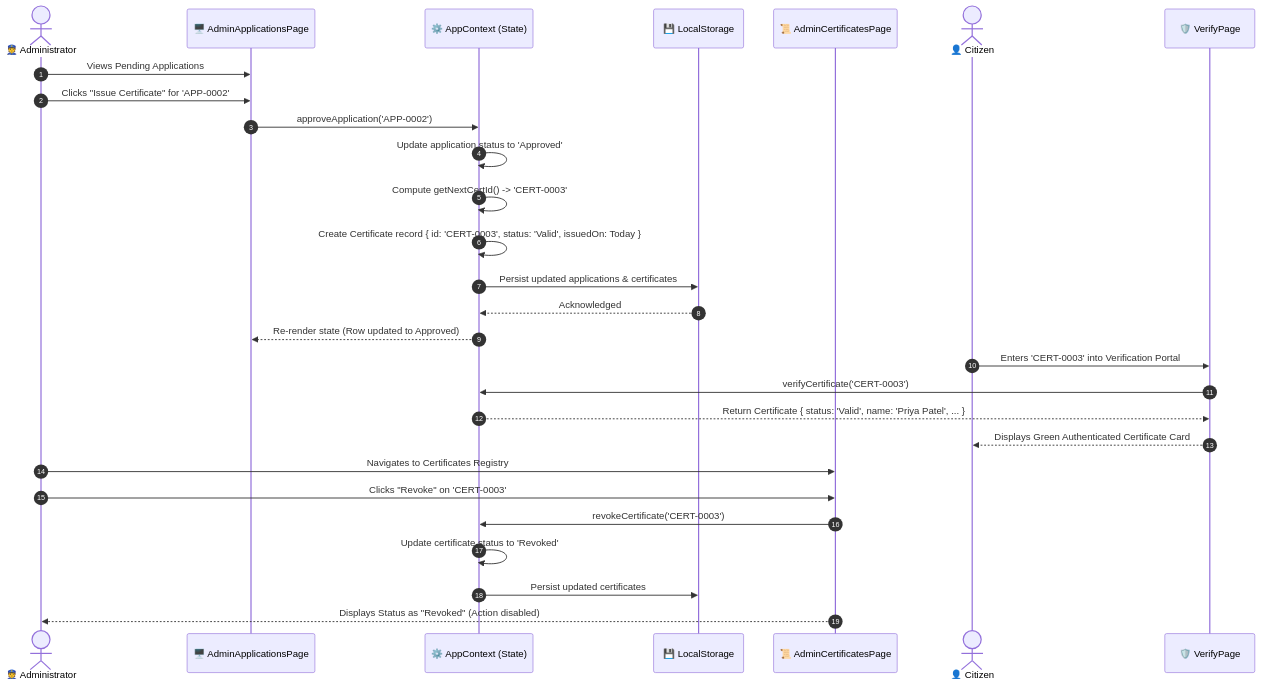
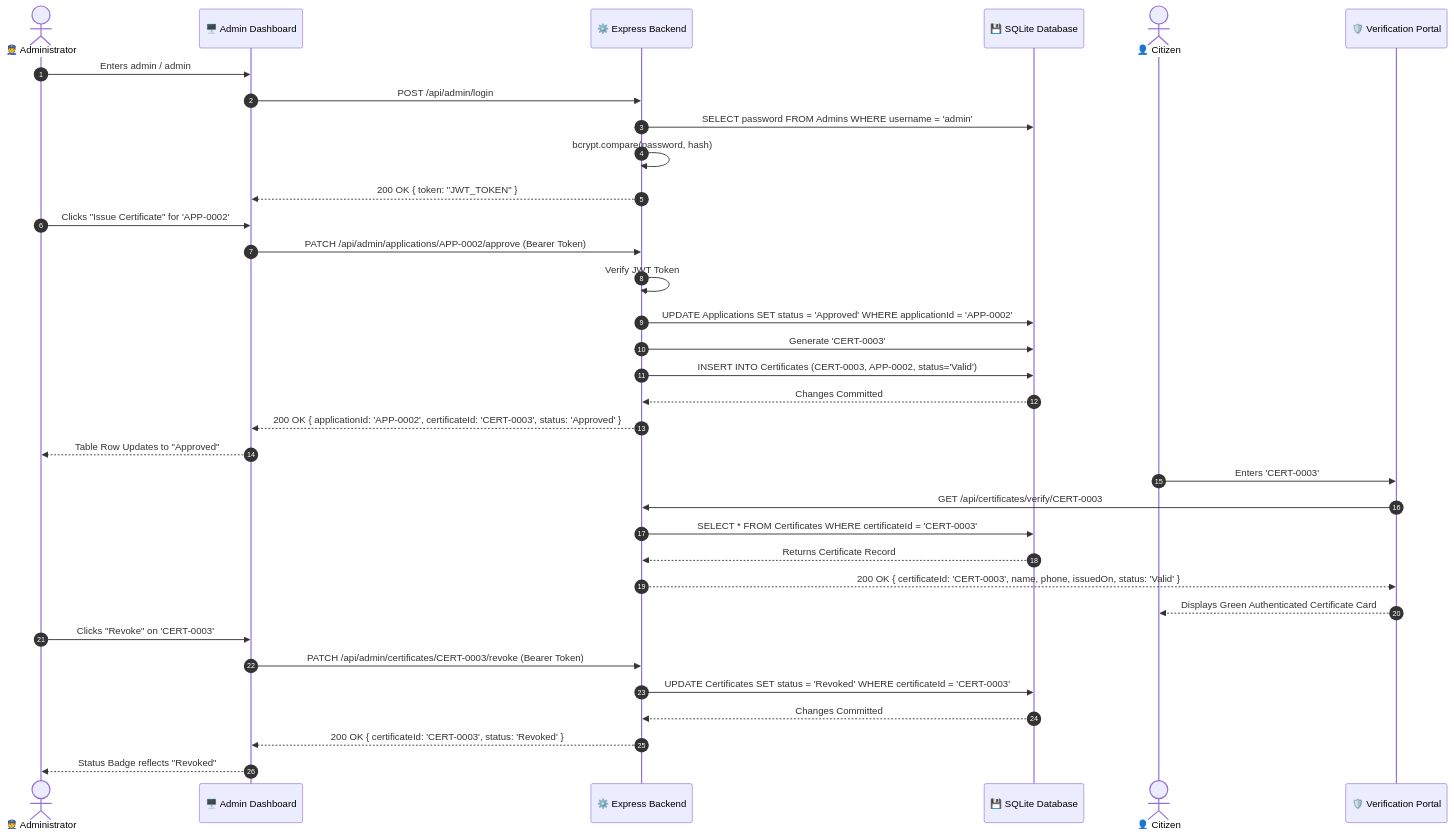
The fifth of 7 diagrams in README.md (siddharth03015/ELEVATE-SDE-Task-1), drawn with Mermaid before and after one commit. The commit also changed other lines of this file, not shown here.

Commit message:
docs: update README with full-stack architecture, backend REST APIs, and database specifications

````diff
--- a/README.md
+++ b/README.md
@@ -244,36 +246,44 @@
 ```mermaid
 sequenceDiagram
     autonumber
     actor Admin as 👮 Administrator
-    participant AdminApp as 🖥️ AdminApplicationsPage
-    participant Context as ⚙️ AppContext (State)
-    participant Storage as 💾 LocalStorage
-    participant AdminCert as 📜 AdminCertificatesPage
+    participant UI as 🖥️ Admin Dashboard
+    participant API as ⚙️ Express Backend
+    participant DB as 💾 SQLite Database
     actor Citizen as 👤 Citizen
-    participant VerifyPage as 🛡️ VerifyPage
+    participant VerifyUI as 🛡️ Verification Portal
 
-    %% Approval & Issuance
-    Admin->>AdminApp: Views Pending Applications
-    Admin->>AdminApp: Clicks "Issue Certificate" for 'APP-0002'
-    AdminApp->>Context: approveApplication('APP-0002')
-    Context->>Context: Update application status to 'Approved'
-    Context->>Context: Compute getNextCertId() -> 'CERT-0003'
-    Context->>Context: Create Certificate record { id: 'CERT-0003', status: 'Valid', issuedOn: Today }
-    Context->>Storage: Persist updated applications & certificates
-    Storage-->>Context: Acknowledged
-    Context-->>AdminApp: Re-render state (Row updated to Approved)
+    %% Admin Login
+    Admin->>UI: Enters admin / admin
+    UI->>API: POST /api/admin/login
+    API->>DB: SELECT password FROM Admins WHERE username = 'admin'
+    API->>API: bcrypt.compare(password, hash)
+    API-->>UI: 200 OK { token: "JWT_TOKEN" }
+
+    %% Approve Application
+    Admin->>UI: Clicks "Issue Certificate" for 'APP-0002'
+    UI->>API: PATCH /api/admin/applications/APP-0002/approve (Bearer Token)
+    API->>API: Verify JWT Token
+    API->>DB: UPDATE Applications SET status = 'Approved' WHERE applicationId = 'APP-0002'
+    API->>DB: Generate 'CERT-0003'
+    API->>DB: INSERT INTO Certificates (CERT-0003, APP-0002, status='Valid')
+    DB-->>API: Changes Committed
+    API-->>UI: 200 OK { applicationId: 'APP-0002', certificateId: 'CERT-0003', status: 'Approved' }
+    UI-->>Admin: Table Row Updates to "Approved"
 
     %% Verification by Citizen
-    Citizen->>VerifyPage: Enters 'CERT-0003' into Verification Portal
-    VerifyPage->>Context: verifyCertificate('CERT-0003')
-    Context-->>VerifyPage: Return Certificate { status: 'Valid', name: 'Priya Patel', ... }
-    VerifyPage-->>Citizen: Displays Green Authenticated Certificate Card
+    Citizen->>VerifyUI: Enters 'CERT-0003'
+    VerifyUI->>API: GET /api/certificates/verify/CERT-0003
+    API->>DB: SELECT * FROM Certificates WHERE certificateId = 'CERT-0003'
+    DB-->>API: Returns Certificate Record
+    API-->>VerifyUI: 200 OK { certificateId: 'CERT-0003', name, phone, issuedOn, status: 'Valid' }
+    VerifyUI-->>Citizen: Displays Green Authenticated Certificate Card
 
     %% Revocation by Admin
-    Admin->>AdminCert: Navigates to Certificates Registry
-    Admin->>AdminCert: Clicks "Revoke" on 'CERT-0003'
-    AdminCert->>Context: revokeCertificate('CERT-0003')
-    Context->>Context: Update certificate status to 'Revoked'
-    Context->>Storage: Persist updated certificates
-    AdminCert-->>Admin: Displays Status as "Revoked" (Action disabled)
+    Admin->>UI: Clicks "Revoke" on 'CERT-0003'
+    UI->>API: PATCH /api/admin/certificates/CERT-0003/revoke (Bearer Token)
+    API->>DB: UPDATE Certificates SET status = 'Revoked' WHERE certificateId = 'CERT-0003'
+    DB-->>API: Changes Committed
+    API-->>UI: 200 OK { certificateId: 'CERT-0003', status: 'Revoked' }
+    UI-->>Admin: Status Badge reflects "Revoked"
 ```
````
